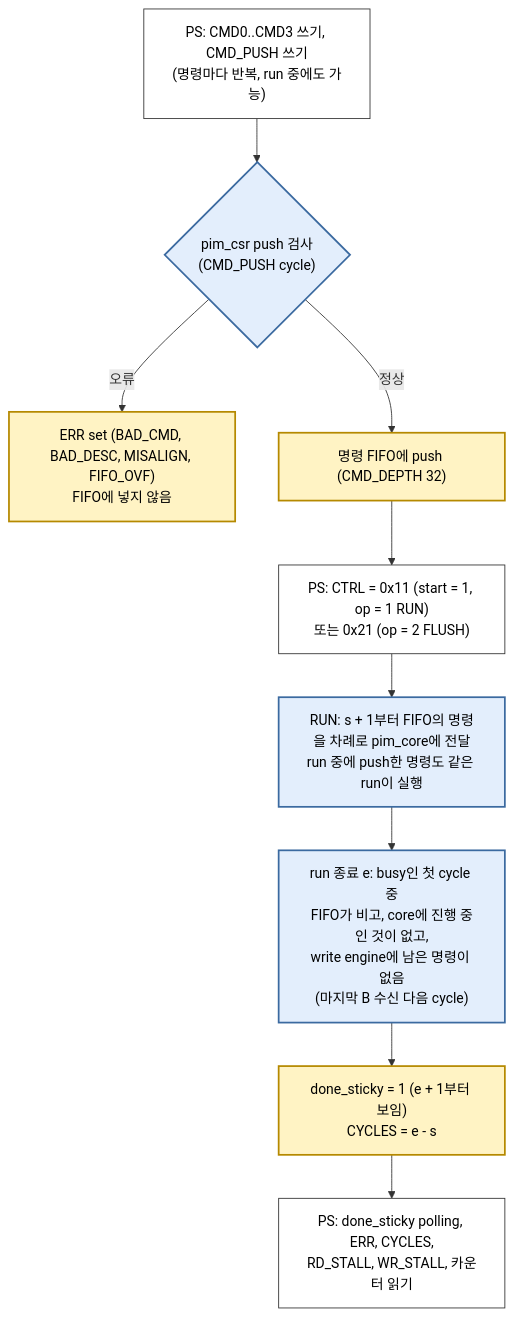
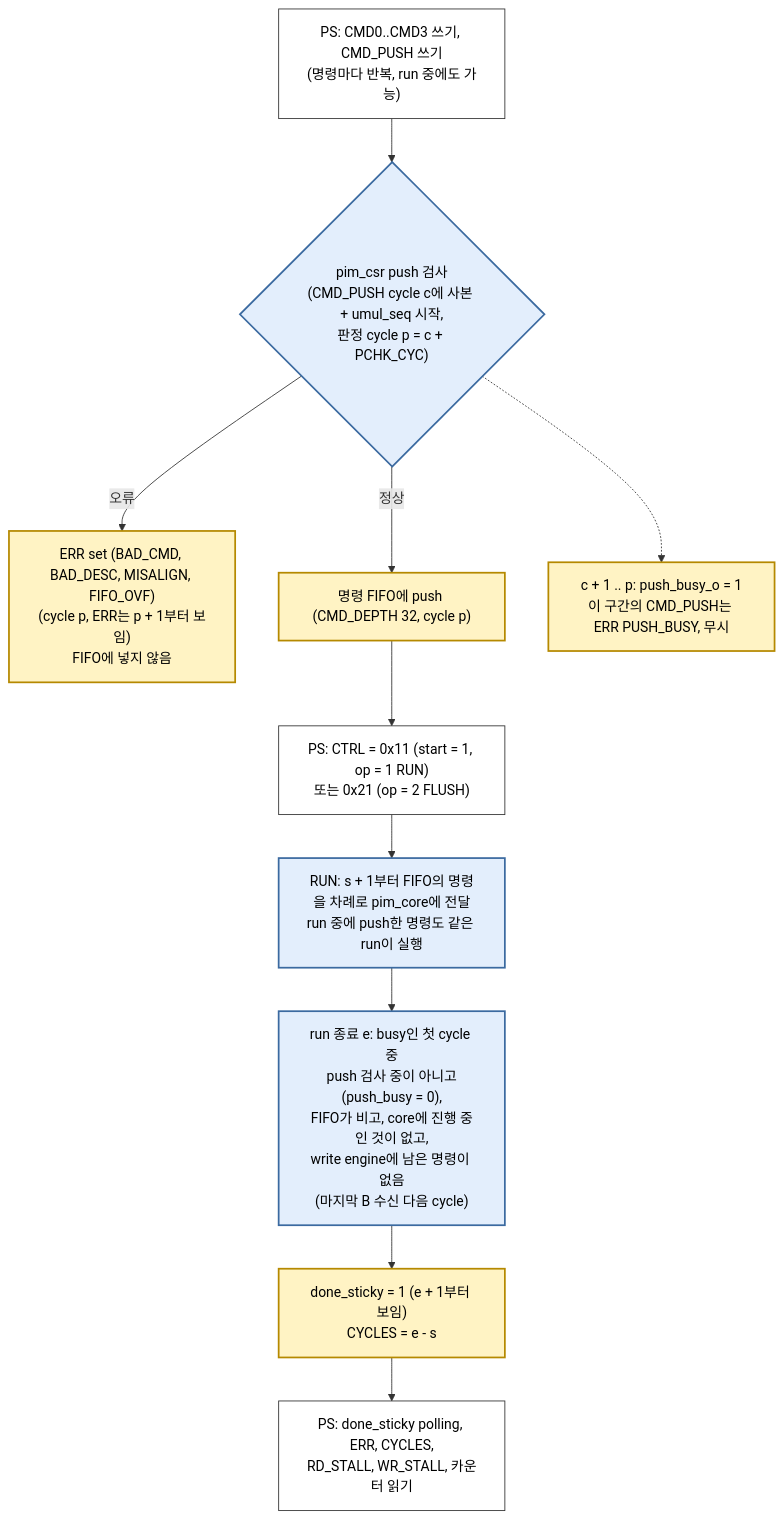
One commit to oerreo/HW_Projects changed the second of 2 diagrams in progress/llm-pim-soc/docs/diagrams/l3_pim_top.md. Above: the diagram before and after it, drawn with Mermaid. The commit also changed other lines of this file and 10 other files, not shown here.

Commit message:
docs(llm-pim-soc): attn_top and umul_seq diagrams, S4-6b figures

````diff
--- a/progress/llm-pim-soc/docs/diagrams/l3_pim_top.md
+++ b/progress/llm-pim-soc/docs/diagrams/l3_pim_top.md
@@ -83,25 +85,27 @@
 ```mermaid
 flowchart TD
     a["PS: CMD0..CMD3 쓰기, CMD_PUSH 쓰기<br/>(명령마다 반복, run 중에도 가능)"]:::host
-    b{"pim_csr push 검사<br/>(CMD_PUSH cycle)"}:::logic
-    e["ERR set (BAD_CMD, BAD_DESC, MISALIGN, FIFO_OVF)<br/>FIFO에 넣지 않음"]:::cut
-    f["명령 FIFO에 push (CMD_DEPTH 32)"]:::cut
+    b{"pim_csr push 검사<br/>(CMD_PUSH cycle c에 사본 + umul_seq 시작,<br/>판정 cycle p = c + PCHK_CYC)"}:::logic
+    e["ERR set (BAD_CMD, BAD_DESC, MISALIGN, FIFO_OVF)<br/>(cycle p, ERR는 p + 1부터 보임)<br/>FIFO에 넣지 않음"]:::cut
+    f["명령 FIFO에 push (CMD_DEPTH 32, cycle p)"]:::cut
+    pb["c + 1 .. p: push_busy_o = 1<br/>이 구간의 CMD_PUSH는 ERR PUSH_BUSY, 무시"]:::cut
     c["PS: CTRL = 0x11 (start = 1, op = 1 RUN)<br/>또는 0x21 (op = 2 FLUSH)"]:::host
     r["RUN: s + 1부터 FIFO의 명령을 차례로 pim_core에 전달<br/>run 중에 push한 명령도 같은 run이 실행"]:::logic
-    d["run 종료 e: busy인 첫 cycle 중<br/>FIFO가 비고, core에 진행 중인 것이 없고,<br/>write engine에 남은 명령이 없음<br/>(마지막 B 수신 다음 cycle)"]:::logic
+    d["run 종료 e: busy인 첫 cycle 중<br/>push 검사 중이 아니고(push_busy = 0),<br/>FIFO가 비고, core에 진행 중인 것이 없고,<br/>write engine에 남은 명령이 없음<br/>(마지막 B 수신 다음 cycle)"]:::logic
     s["done_sticky = 1 (e + 1부터 보임)<br/>CYCLES = e - s"]:::cut
     p["PS: done_sticky polling, ERR, CYCLES,<br/>RD_STALL, WR_STALL, 카운터 읽기"]:::host
 
     a --> b
+    b -.-> pb
     b -->|"정상"| f
     b -->|"오류"| e
     f --> c
     c --> r
     r --> d
     d --> s
     s --> p
 
     classDef host fill:#ffffff,stroke:#333333,color:#000
     classDef logic fill:#e3eefc,stroke:#3b6aa0,stroke-width:2px,color:#000
     classDef cut fill:#fff3c4,stroke:#b58900,stroke-width:2px,color:#000
 ```
````
